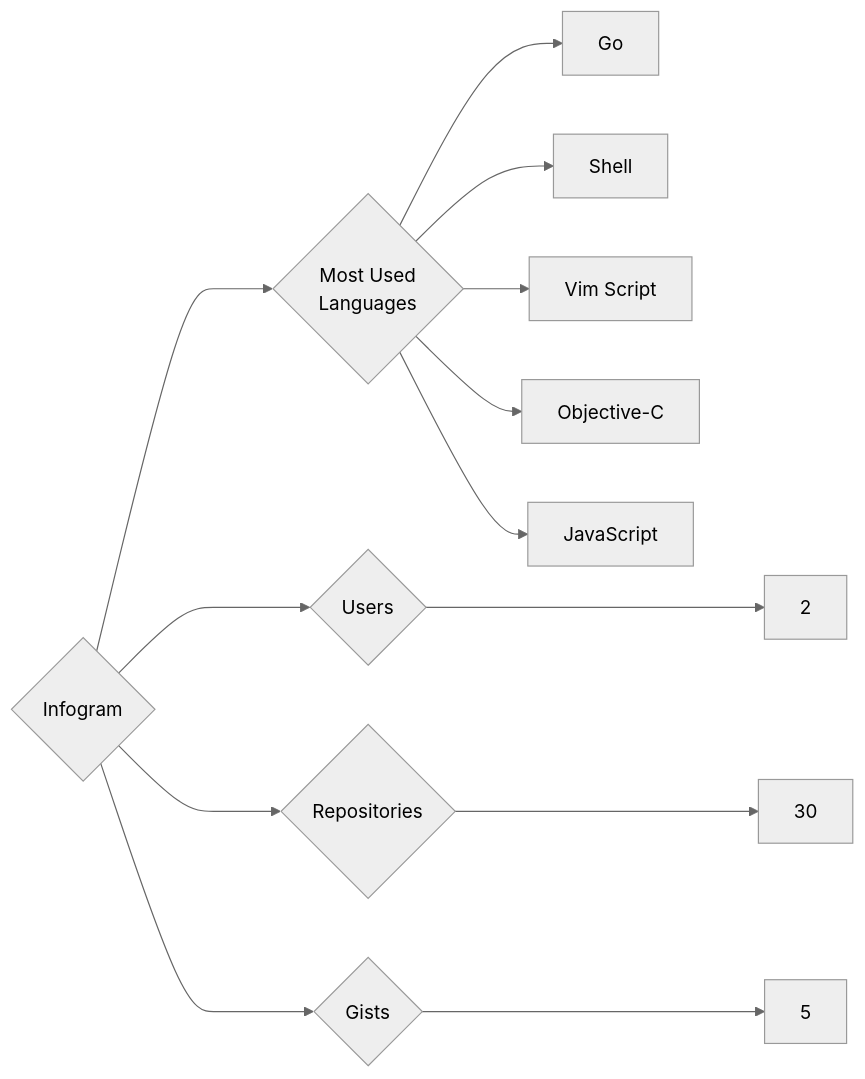
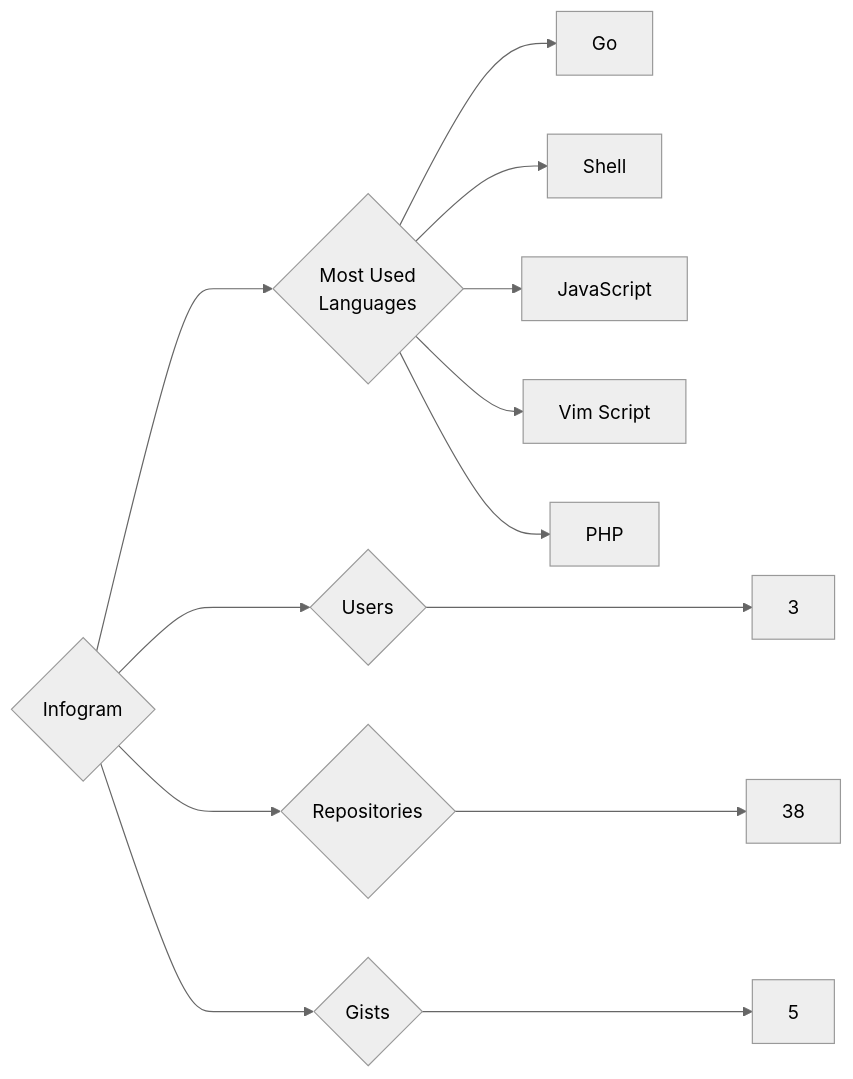
Before and after one commit to trickest/insiders: the diagram in targets/Infogram/README.md, drawn with Mermaid (neutral theme). The commit also changed 614 other files, not shown here.

````diff
--- a/targets/Infogram/README.md
+++ b/targets/Infogram/README.md
@@ -3,13 +3,13 @@
 ```mermaid
 graph LR
 COMPANY_NAME{Infogram}
-COMPANY_NAME ---> U{Users} ---> UN[2]
-COMPANY_NAME ---> R{Repositories} ---> RN[30]
+COMPANY_NAME ---> U{Users} ---> UN[3]
+COMPANY_NAME ---> R{Repositories} ---> RN[38]
 COMPANY_NAME ---> G{Gists} ---> GN[5]
 COMPANY_NAME ---> ML{Most Used<br>Languages}
 ML --> Go[Go]
 ML --> Shell[Shell]
+ML --> JavaScript[JavaScript]
 ML --> Vim_Script[Vim Script]
-ML --> Objective-C[Objective-C]
-ML --> JavaScript[JavaScript]
+ML --> PHP[PHP]
 ```
````
